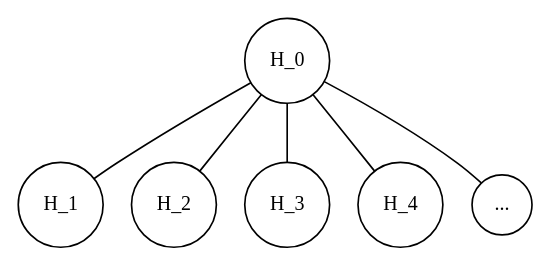
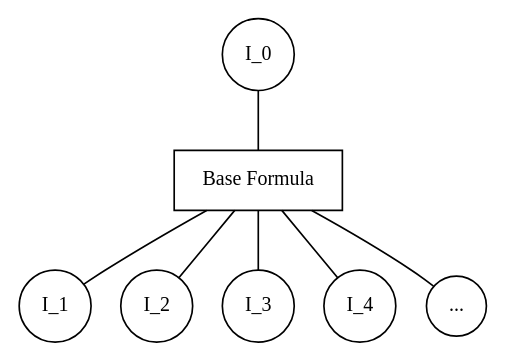
One commit to jcfangc/calculatable-society changed the second of 2 diagrams in 基本概念.md. Above: the diagram before and after it, drawn with Graphviz. The commit also changed other lines of this file and 1 other file, not shown here.

````diff
--- a/基本概念.md
+++ b/基本概念.md
@@ -148,20 +119,22 @@
 ```graphviz
 graph G {
     node [shape=circle, style=unfilled, fontsize=12, color=black]
     rankdir=TB;
     bgcolor=white;
 
-    "H_0" [label="H_0"]
-    "H_1" [label="H_1"]
-    "H_2" [label="H_2"]
-    "H_3" [label="H_3"]
-    "H_4" [label="H_4"]
+    "I_0" [label="I_0"]
+    "I_1" [label="I_1"]
+    "I_2" [label="I_2"]
+    "I_3" [label="I_3"]
+    "I_4" [label="I_4"]
     "..." [label="..."]
+    F [label="Base Formula", shape=box]
 
-    "H_0" -- "H_1"
-    "H_0" -- "H_2"
-    "H_0" -- "H_3"
-    "H_0" -- "H_4"
-    "H_0" -- "..."
+    "F" -- "I_1"
+    "F" -- "I_2"
+    "F" -- "I_3"
+    "F" -- "I_4"
+    "F" -- "..."
+    "I_0" -- "F"
 }
 ```
````
